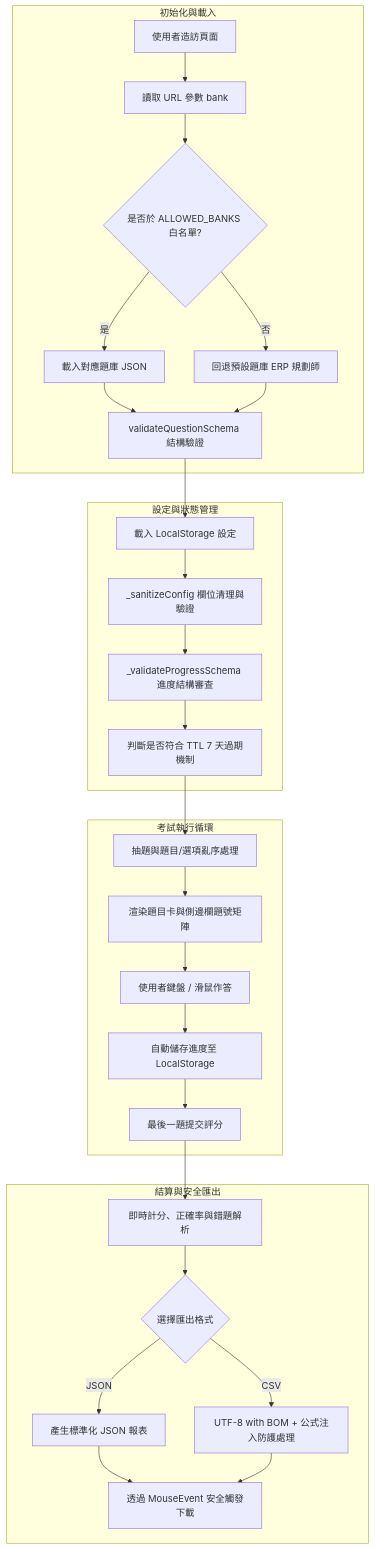
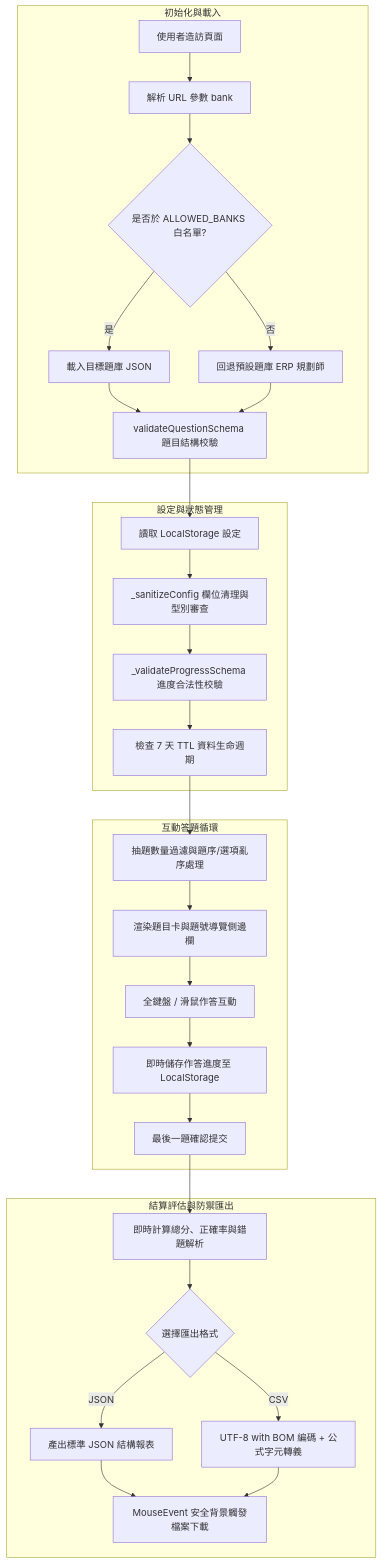
One commit to Scorpio-meow/Examination-System changed the first of 2 diagrams in README.md. Above: the diagram before and after it, drawn with Mermaid. The commit also changed other lines of this file and 3 other files, not shown here.

````diff
--- a/README.md
+++ b/README.md
@@ -89,35 +91,35 @@
 ```mermaid
 flowchart TD
     subgraph ClientInit [初始化與載入]
-        A[使用者造訪頁面] --> B[讀取 URL 參數 bank]
+        A[使用者造訪頁面] --> B[解析 URL 參數 bank]
         B --> C{是否於 ALLOWED_BANKS 白名單?}
-        C -- 是 --> D[載入對應題庫 JSON]
+        C -- 是 --> D[載入目標題庫 JSON]
         C -- 否 --> E[回退預設題庫 ERP 規劃師]
-        D --> F[validateQuestionSchema 結構驗證]
+        D --> F[validateQuestionSchema 題目結構校驗]
         E --> F
     end
 
-    subgraph ConfigStorage [設定與狀態管理]
-        F --> G[載入 LocalStorage 設定]
-        G --> H[_sanitizeConfig 欄位清理與驗證]
-        H --> I[_validateProgressSchema 進度結構審查]
-        I --> J[判斷是否符合 TTL 7 天過期機制]
+    subgraph StateManagement [設定與狀態管理]
+        F --> G[讀取 LocalStorage 設定]
+        G --> H[_sanitizeConfig 欄位清理與型別審查]
+        H --> I[_validateProgressSchema 進度合法性校驗]
+        I --> J[檢查 7 天 TTL 資料生命週期]
     end
 
-    subgraph ExamSession [考試執行循環]
-        J --> K[抽題與題目/選項亂序處理]
-        K --> L[渲染題目卡與側邊欄題號矩陣]
-        L --> M[使用者鍵盤 / 滑鼠作答]
-        M --> N[自動儲存進度至 LocalStorage]
-        N --> O[最後一題提交評分]
+    subgraph ExamSession [互動答題循環]
+        J --> K[抽題數量過濾與題序/選項亂序處理]
+        K --> L[渲染題目卡與題號導覽側邊欄]
+        L --> M[全鍵盤 / 滑鼠作答互動]
+        M --> N[即時儲存作答進度至 LocalStorage]
+        N --> O[最後一題確認提交]
     end
 
-    subgraph EvaluationExport [結算與安全匯出]
-        O --> P[即時計分、正確率與錯題解析]
+    subgraph EvaluationExport [結算評估與防禦匯出]
+        O --> P[即時計算總分、正確率與錯題解析]
         P --> Q{選擇匯出格式}
-        Q -- JSON --> R[產生標準化 JSON 報表]
-        Q -- CSV --> S[UTF-8 with BOM + 公式注入防護處理]
-        R --> T[透過 MouseEvent 安全觸發下載]
+        Q -- JSON --> R[產出標準 JSON 結構報表]
+        Q -- CSV --> S[UTF-8 with BOM 編碼 + 公式字元轉義]
+        R --> T[MouseEvent 安全背景觸發檔案下載]
         S --> T
     end
 ```
````
